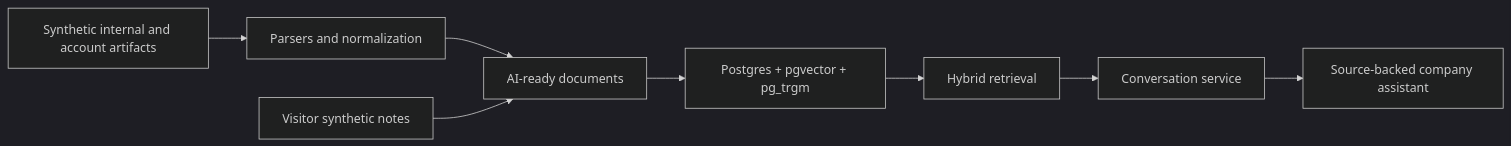
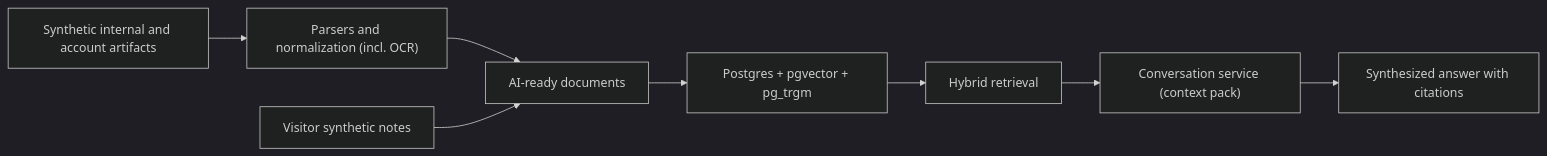
Before and after one commit to dpanea/private-company-ai-demo: the diagram in README.md, drawn with Mermaid (dark theme). The commit also changed other lines of this file and 2 other files, not shown here.

````diff
--- a/README.md
+++ b/README.md
@@ -73,10 +73,10 @@
 ```mermaid
 flowchart LR
-    A["Synthetic internal and account artifacts"] --> B["Parsers and normalization"]
+    A["Synthetic internal and account artifacts"] --> B["Parsers and normalization (incl. OCR)"]
     B --> C["AI-ready documents"]
     C --> D["Postgres + pgvector + pg_trgm"]
     D --> E["Hybrid retrieval"]
-    E --> F["Conversation service"]
-    F --> G["Source-backed company assistant"]
+    E --> F["Conversation service (context pack)"]
+    F --> G["Synthesized answer with citations"]
     H["Visitor synthetic notes"] --> C
 ```
````
